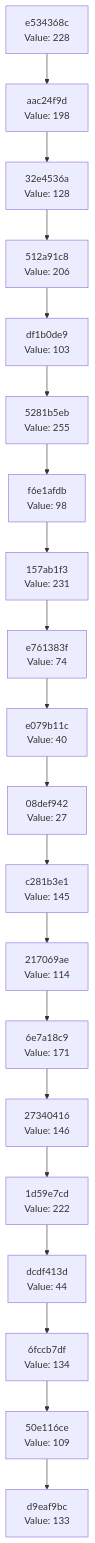
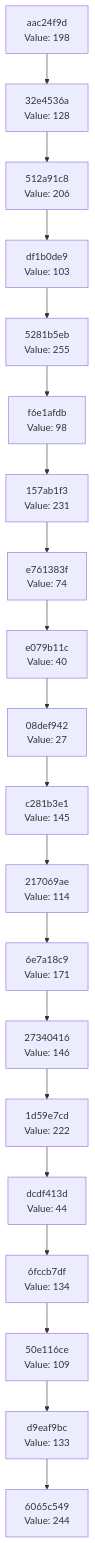
One commit to Abhisheksinha1506/hash-chain-evolver changed the diagram in docs/CHAIN_VISUALIZATION.md. Above: the diagram before and after it, drawn with Mermaid. The commit also changed 3 other files, not shown here.

````diff
--- a/docs/CHAIN_VISUALIZATION.md
+++ b/docs/CHAIN_VISUALIZATION.md
@@ -3,42 +3,42 @@
 ```mermaid
 graph TD
-    C0["d9eaf9bc<br/>Value: 133"]
-    C1["50e116ce<br/>Value: 109"]
+    C0["6065c549<br/>Value: 244"]
+    C1["d9eaf9bc<br/>Value: 133"]
     C1 --> C0
-    C2["6fccb7df<br/>Value: 134"]
+    C2["50e116ce<br/>Value: 109"]
     C2 --> C1
-    C3["dcdf413d<br/>Value: 44"]
+    C3["6fccb7df<br/>Value: 134"]
     C3 --> C2
-    C4["1d59e7cd<br/>Value: 222"]
+    C4["dcdf413d<br/>Value: 44"]
     C4 --> C3
-    C5["27340416<br/>Value: 146"]
+    C5["1d59e7cd<br/>Value: 222"]
     C5 --> C4
-    C6["6e7a18c9<br/>Value: 171"]
+    C6["27340416<br/>Value: 146"]
     C6 --> C5
-    C7["217069ae<br/>Value: 114"]
+    C7["6e7a18c9<br/>Value: 171"]
     C7 --> C6
-    C8["c281b3e1<br/>Value: 145"]
+    C8["217069ae<br/>Value: 114"]
     C8 --> C7
-    C9["08def942<br/>Value: 27"]
+    C9["c281b3e1<br/>Value: 145"]
     C9 --> C8
-    C10["e079b11c<br/>Value: 40"]
+    C10["08def942<br/>Value: 27"]
     C10 --> C9
-    C11["e761383f<br/>Value: 74"]
+    C11["e079b11c<br/>Value: 40"]
     C11 --> C10
-    C12["157ab1f3<br/>Value: 231"]
+    C12["e761383f<br/>Value: 74"]
     C12 --> C11
-    C13["f6e1afdb<br/>Value: 98"]
+    C13["157ab1f3<br/>Value: 231"]
     C13 --> C12
-    C14["5281b5eb<br/>Value: 255"]
+    C14["f6e1afdb<br/>Value: 98"]
     C14 --> C13
-    C15["df1b0de9<br/>Value: 103"]
+    C15["5281b5eb<br/>Value: 255"]
     C15 --> C14
-    C16["512a91c8<br/>Value: 206"]
+    C16["df1b0de9<br/>Value: 103"]
     C16 --> C15
-    C17["32e4536a<br/>Value: 128"]
+    C17["512a91c8<br/>Value: 206"]
     C17 --> C16
-    C18["aac24f9d<br/>Value: 198"]
+    C18["32e4536a<br/>Value: 128"]
     C18 --> C17
-    C19["e534368c<br/>Value: 228"]
+    C19["aac24f9d<br/>Value: 198"]
     C19 --> C18
 ```
````
